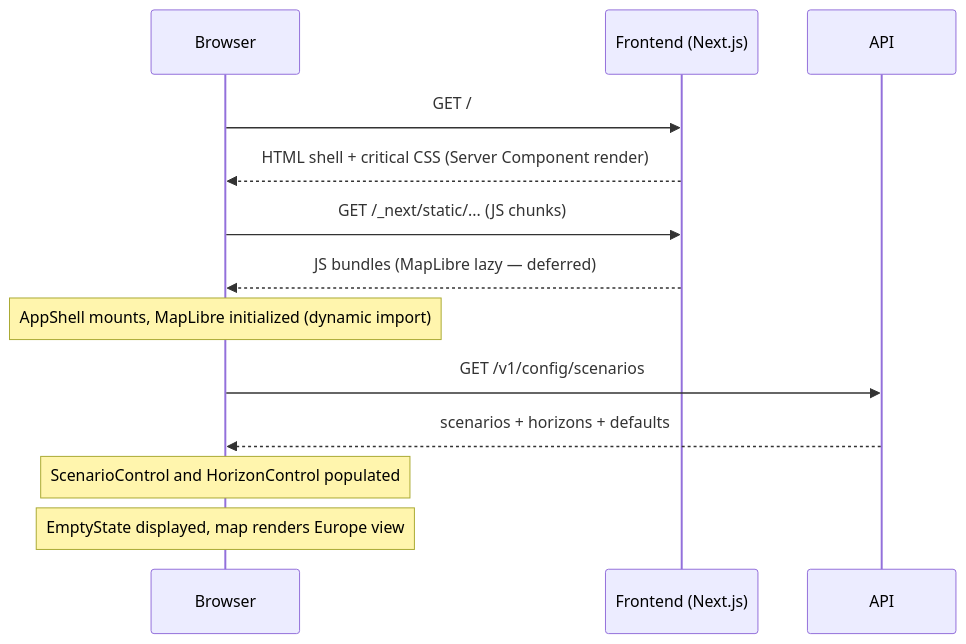
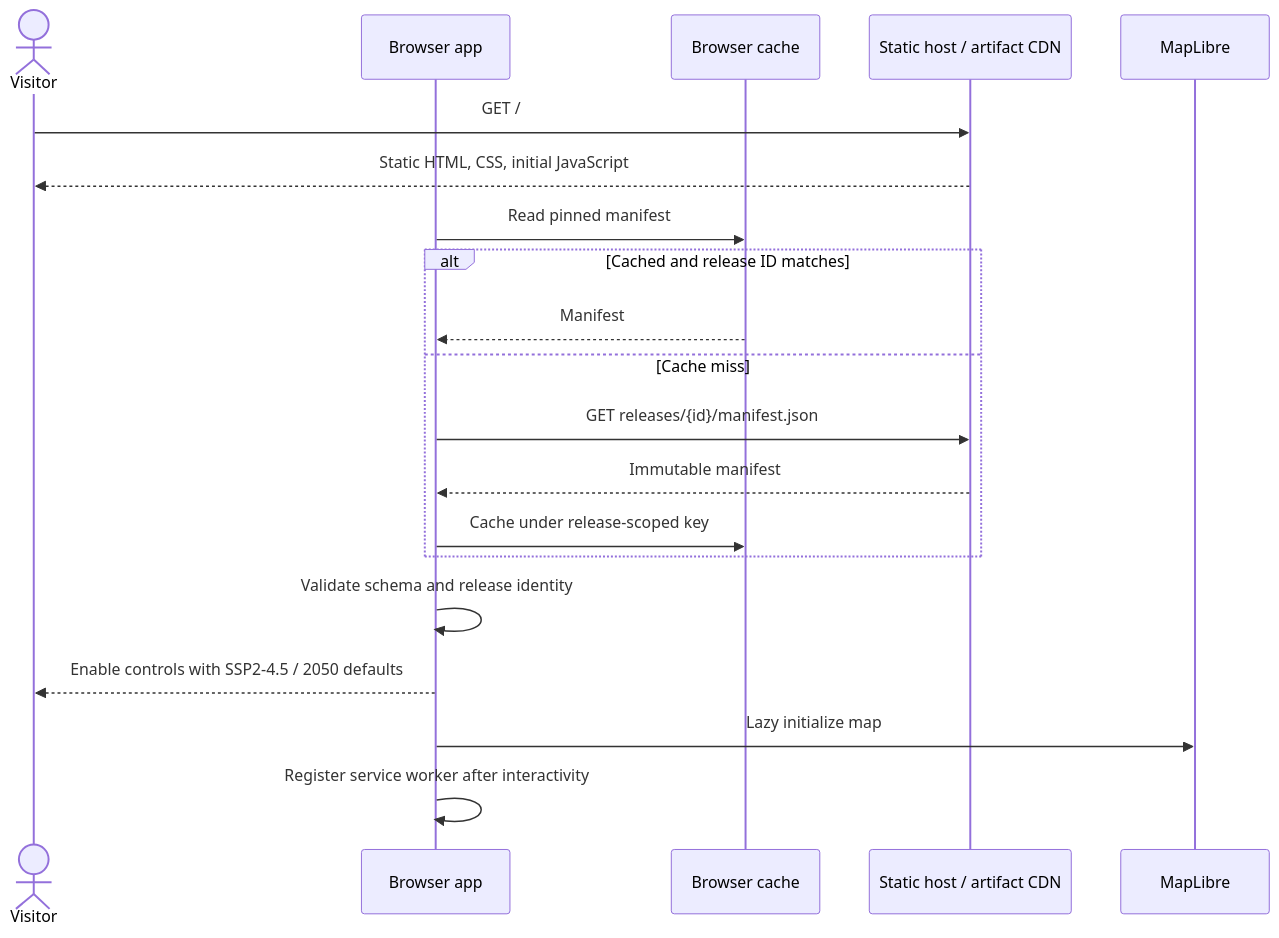
One commit to artemsemdev/SeaRise-Europe changed the first of 8 diagrams in docs/architecture/04-runtime-sequences.md. Above: the diagram before and after it, drawn with Mermaid. The commit also changed other lines of this file and 62 other files, not shown here.

Commit message:
docs: adopt static-first architecture

````diff
--- a/docs/architecture/04-runtime-sequences.md
+++ b/docs/architecture/04-runtime-sequences.md
@@ -12,16 +12,23 @@
 ```mermaid
 sequenceDiagram
-    participant B as Browser
-    participant FE as Frontend (Next.js)
-    participant API as API
+    actor U as Visitor
+    participant B as Browser app
+    participant C as Browser cache
+    participant CDN as Static host / artifact CDN
+    participant M as MapLibre
 
-    B->>FE: GET /
-    FE-->>B: HTML shell + critical CSS (Server Component render)
-    B->>FE: GET /_next/static/... (JS chunks)
-    FE-->>B: JS bundles (MapLibre lazy — deferred)
-    Note over B: AppShell mounts, MapLibre initialized (dynamic import)
-    B->>API: GET /v1/config/scenarios
-    API-->>B: scenarios + horizons + defaults
-    Note over B: ScenarioControl and HorizonControl populated
-    Note over B: EmptyState displayed, map renders Europe view
+    U->>CDN: GET /
+    CDN-->>U: Static HTML, CSS, initial JavaScript
+    B->>C: Read pinned manifest
+    alt Cached and release ID matches
+        C-->>B: Manifest
+    else Cache miss
+        B->>CDN: GET releases/{id}/manifest.json
+        CDN-->>B: Immutable manifest
+        B->>C: Cache under release-scoped key
+    end
+    B->>B: Validate schema and release identity
+    B-->>U: Enable controls with SSP2-4.5 / 2050 defaults
+    B->>M: Lazy initialize map
+    B->>B: Register service worker after interactivity
 ```
````
